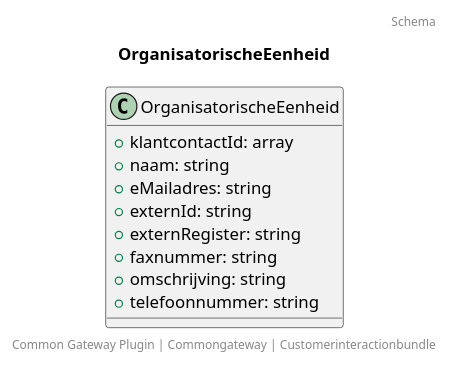
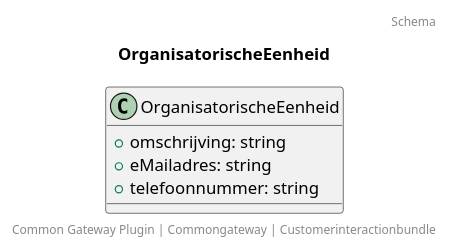
Before and after one commit to CommonGateway/CustomerInteractionBundle: the diagram in docs/schema/klant.organisatorischeEenheid.puml, drawn with PlantUML. The commit also changed 30 other files, not shown here.

```diff
--- a/docs/schema/klant.organisatorischeEenheid.puml
+++ b/docs/schema/klant.organisatorischeEenheid.puml
@@ -1,16 +1,11 @@
 @startuml
 title: OrganisatorischeEenheid
 footer: Common Gateway Plugin | Commongateway | Customerinteractionbundle 
 header: Schema
 
 class OrganisatorischeEenheid {
-  + klantcontactId: array
-  + naam: string
+  + omschrijving: string
   + eMailadres: string
-  + externId: string
-  + externRegister: string
-  + faxnummer: string
-  + omschrijving: string
   + telefoonnummer: string
 }
 @enduml
```
